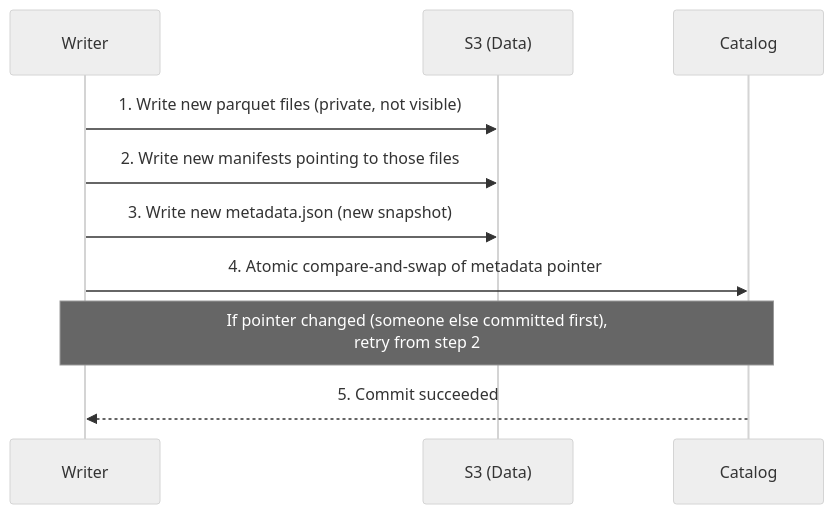
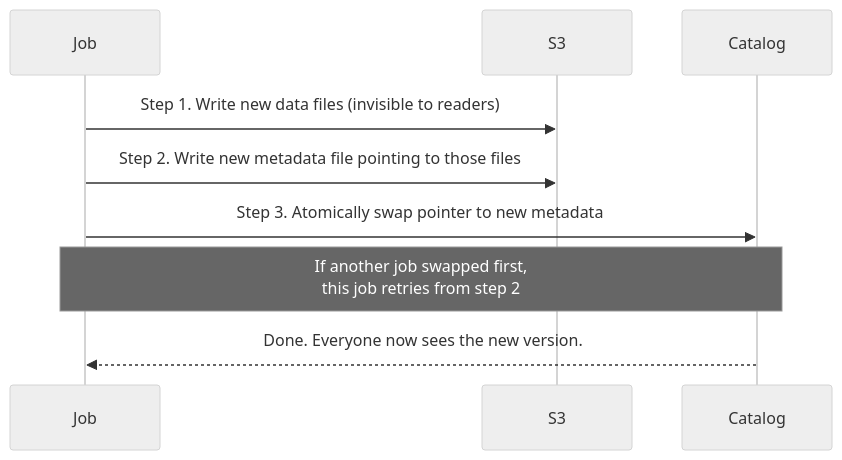
Before and after one commit to rilov/handbook: the third of 4 diagrams in _topics/netflix-iceberg-case-study.md, drawn with Mermaid. The commit also changed other lines of this file, not shown here.

```diff
--- a/_topics/netflix-iceberg-case-study.md
+++ b/_topics/netflix-iceberg-case-study.md
@@ -162,13 +267,12 @@
 <div class="mermaid">
 %%{init: {'theme':'neutral', 'themeVariables': {'fontSize':'16px', 'fontFamily':'Helvetica, Arial, sans-serif'}}}%%
 sequenceDiagram
-    participant W as Writer
-    participant S as S3 (Data)
+    participant J as Job
+    participant S as S3
     participant C as Catalog
-    W->>S: 1. Write new parquet files (private, not visible)
-    W->>S: 2. Write new manifests pointing to those files
-    W->>S: 3. Write new metadata.json (new snapshot)
-    W->>C: 4. Atomic compare-and-swap of metadata pointer
-    Note over W,C: If pointer changed (someone else committed first),<br/>retry from step 2
-    C-->>W: 5. Commit succeeded
+    J->>S: Step 1. Write new data files (invisible to readers)
+    J->>S: Step 2. Write new metadata file pointing to those files
+    J->>C: Step 3. Atomically swap pointer to new metadata
+    Note over J,C: If another job swapped first,<br/>this job retries from step 2
+    C-->>J: Done. Everyone now sees the new version.
 </div>
```
